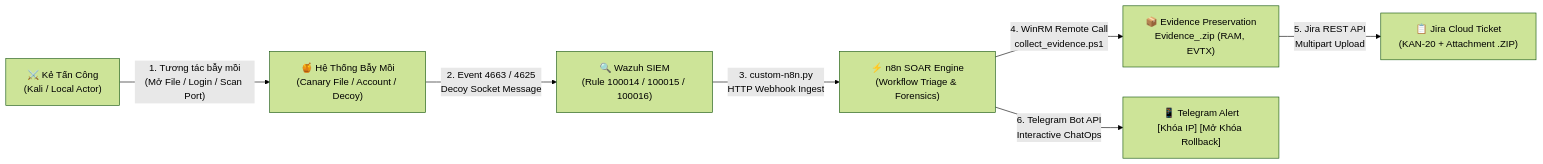
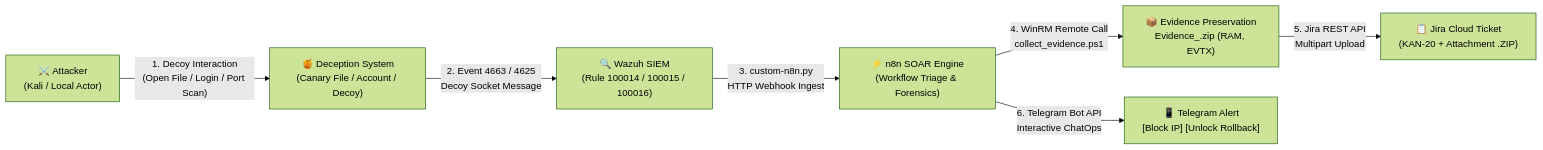
One commit to tofan0810/Wazuh-SOC-lab changed the diagram in reports/Phase-10/Phase-10_Deception-Technology-Honeypots.md. Above: the diagram before and after it, drawn with Mermaid (forest theme). The commit also changed other lines of this file and 55 other files, not shown here.

````diff
--- a/reports/Phase-10/Phase-10_Deception-Technology-Honeypots.md
+++ b/reports/Phase-10/Phase-10_Deception-Technology-Honeypots.md
@@ -92,9 +92,9 @@
 ```mermaid
 flowchart LR
-    A["⚔️ Kẻ Tấn Công<br/>(Kali / Local Actor)"] -->|"1. Tương tác bẫy mồi<br/>(Mở File / Login / Scan Port)"| B["🍯 Hệ Thống Bẫy Mồi<br/>(Canary File / Account / Decoy)"]
+    A["⚔️ Attacker<br/>(Kali / Local Actor)"] -->|"1. Decoy Interaction<br/>(Open File / Login / Port Scan)"| B["🍯 Deception System<br/>(Canary File / Account / Decoy)"]
     B -->|"2. Event 4663 / 4625<br/>Decoy Socket Message"| C["🔍 Wazuh SIEM<br/>(Rule 100014 / 100015 / 100016)"]
     C -->|"3. custom-n8n.py<br/>HTTP Webhook Ingest"| D["⚡ n8n SOAR Engine<br/>(Workflow Triage & Forensics)"]
     D -->|"4. WinRM Remote Call<br/>collect_evidence.ps1"| E["📦 Evidence Preservation<br/>Evidence_<ID>.zip (RAM, EVTX)"]
     E -->|"5. Jira REST API<br/>Multipart Upload"| F["📋 Jira Cloud Ticket<br/>(KAN-20 + Attachment .ZIP)"]
-    D -->|"6. Telegram Bot API<br/>Interactive ChatOps"| G["📱 Telegram Alert<br/>[Khóa IP] [Mở Khóa Rollback]"]
+    D -->|"6. Telegram Bot API<br/>Interactive ChatOps"| G["📱 Telegram Alert<br/>[Block IP] [Unlock Rollback]"]
 ```
````
